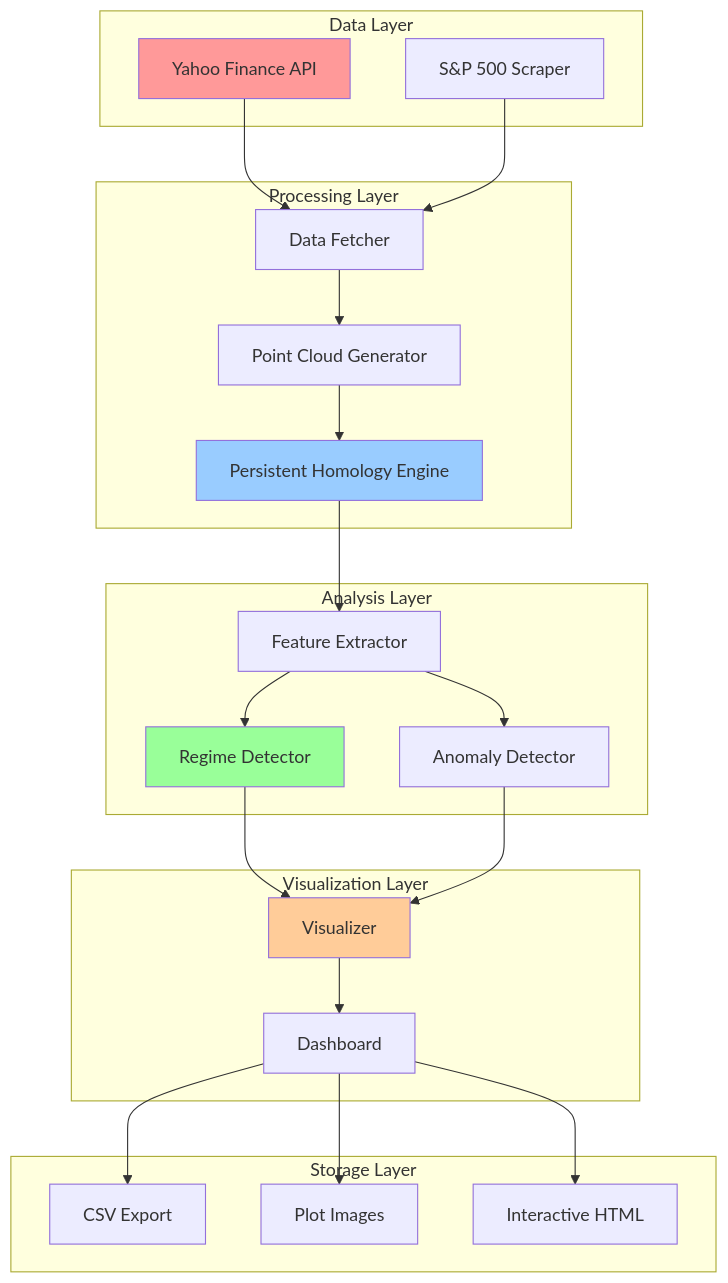
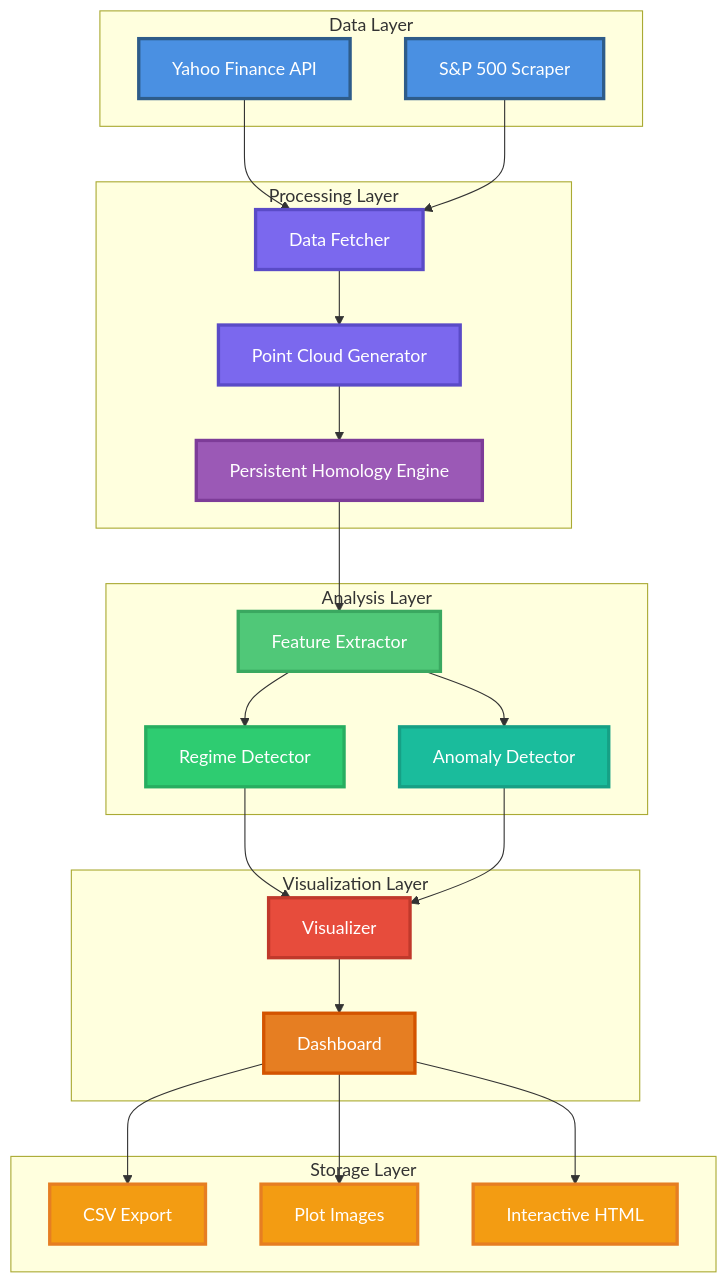
The third of 19 diagrams in README.md (gregorizeidler/MarketTDA), drawn with Mermaid before and after one commit. The commit also changed other lines of this file, not shown here.

Commit message:
docs: improve Mermaid diagram contrast and colors
- Added strong, contrasting colors to all diagrams
- System Architecture: blue/purple/green/red/orange palette
- Module Dependencies: distinct colors for each module type
- All text now in white (#fff) for maximum readability
- Thicker borders (3px) for better visibility
- Enhanced visual hierarchy with stroke colors

````diff
--- a/README.md
+++ b/README.md
@@ -802,49 +802,58 @@
 ```mermaid
 graph TB
     subgraph "Data Layer"
         YF[Yahoo Finance API]
         SP[S&P 500 Scraper]
     end
     
     subgraph "Processing Layer"
         DF[Data Fetcher]
         PC[Point Cloud Generator]
         PH[Persistent Homology Engine]
     end
     
     subgraph "Analysis Layer"
         FE[Feature Extractor]
         RD[Regime Detector]
         AD[Anomaly Detector]
     end
     
     subgraph "Visualization Layer"
         VIS[Visualizer]
         DASH[Dashboard]
     end
     
     subgraph "Storage Layer"
         CSV[CSV Export]
         PNG[Plot Images]
         HTML[Interactive HTML]
     end
     
     YF --> DF
     SP --> DF
     DF --> PC
     PC --> PH
     PH --> FE
     FE --> RD
     FE --> AD
     RD --> VIS
     AD --> VIS
     VIS --> DASH
     DASH --> CSV
     DASH --> PNG
     DASH --> HTML
     
-    style YF fill:#ff9999
-    style PH fill:#99ccff
-    style RD fill:#99ff99
-    style VIS fill:#ffcc99
+    style YF fill:#4A90E2,stroke:#2E5C8A,stroke-width:3px,color:#fff
+    style SP fill:#4A90E2,stroke:#2E5C8A,stroke-width:3px,color:#fff
+    style DF fill:#7B68EE,stroke:#5A4BC7,stroke-width:3px,color:#fff
+    style PC fill:#7B68EE,stroke:#5A4BC7,stroke-width:3px,color:#fff
+    style PH fill:#9B59B6,stroke:#7D3C98,stroke-width:3px,color:#fff
+    style FE fill:#50C878,stroke:#3AA860,stroke-width:3px,color:#fff
+    style RD fill:#2ECC71,stroke:#27AE60,stroke-width:3px,color:#fff
+    style AD fill:#1ABC9C,stroke:#16A085,stroke-width:3px,color:#fff
+    style VIS fill:#E74C3C,stroke:#C0392B,stroke-width:3px,color:#fff
+    style DASH fill:#E67E22,stroke:#D35400,stroke-width:3px,color:#fff
+    style CSV fill:#F39C12,stroke:#E67E22,stroke-width:3px,color:#fff
+    style PNG fill:#F39C12,stroke:#E67E22,stroke-width:3px,color:#fff
+    style HTML fill:#F39C12,stroke:#E67E22,stroke-width:3px,color:#fff
 ```
````
